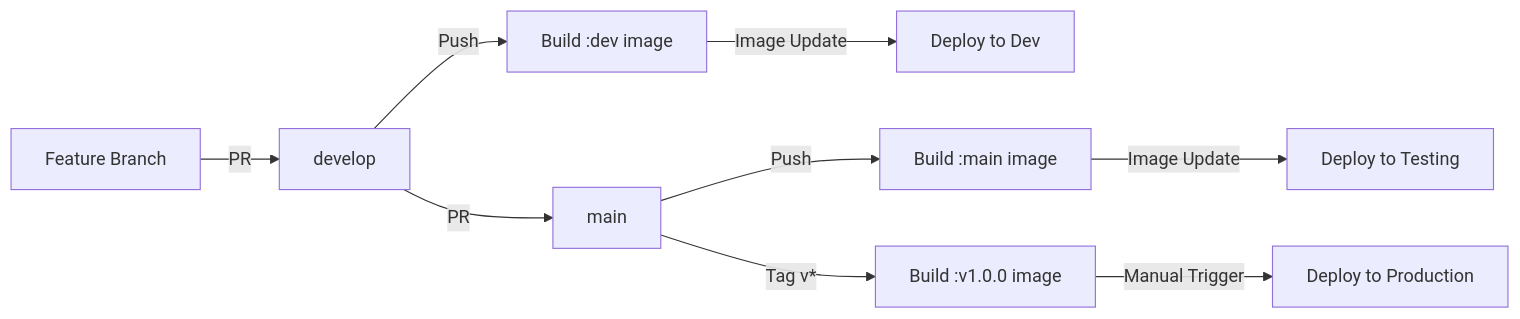
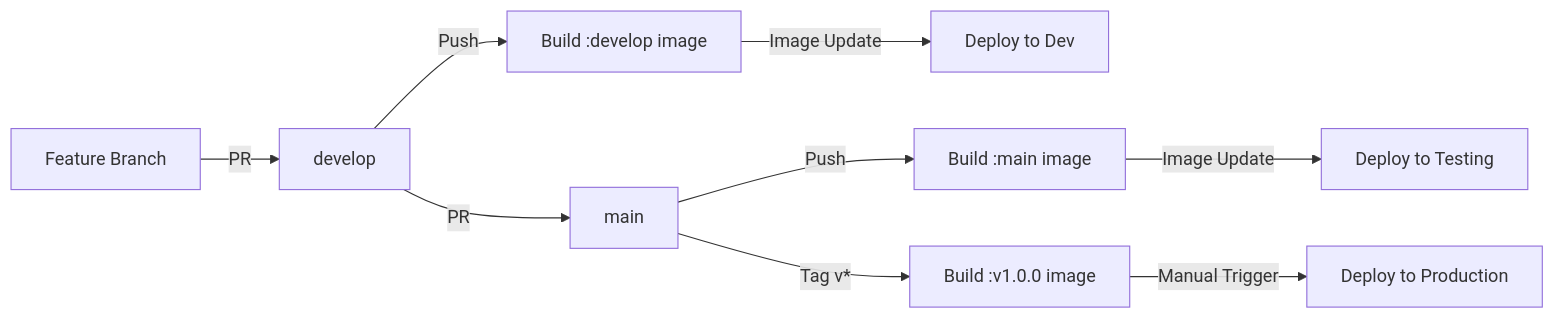
The first of 4 diagrams in docs/DEPLOYMENT_WORKFLOW.md (eneo-ai/eneo), drawn with Mermaid before and after one commit. The commit also changed other lines of this file and 1 other file, not shown here.

````diff
--- a/docs/DEPLOYMENT_WORKFLOW.md
+++ b/docs/DEPLOYMENT_WORKFLOW.md
@@ -19,11 +19,11 @@
 ```mermaid
 graph LR
     A[Feature Branch] -->|PR| B[develop]
-    B -->|Push| C[Build :dev image]
+    B -->|Push| C[Build :develop image]
     C -->|Image Update| D[Deploy to Dev]
     B -->|PR| E[main]
     E -->|Push| F[Build :main image]
     F -->|Image Update| G[Deploy to Testing]
     E -->|Tag v*| H[Build :v1.0.0 image]
     H -->|Manual Trigger| I[Deploy to Production]
 ```
````
